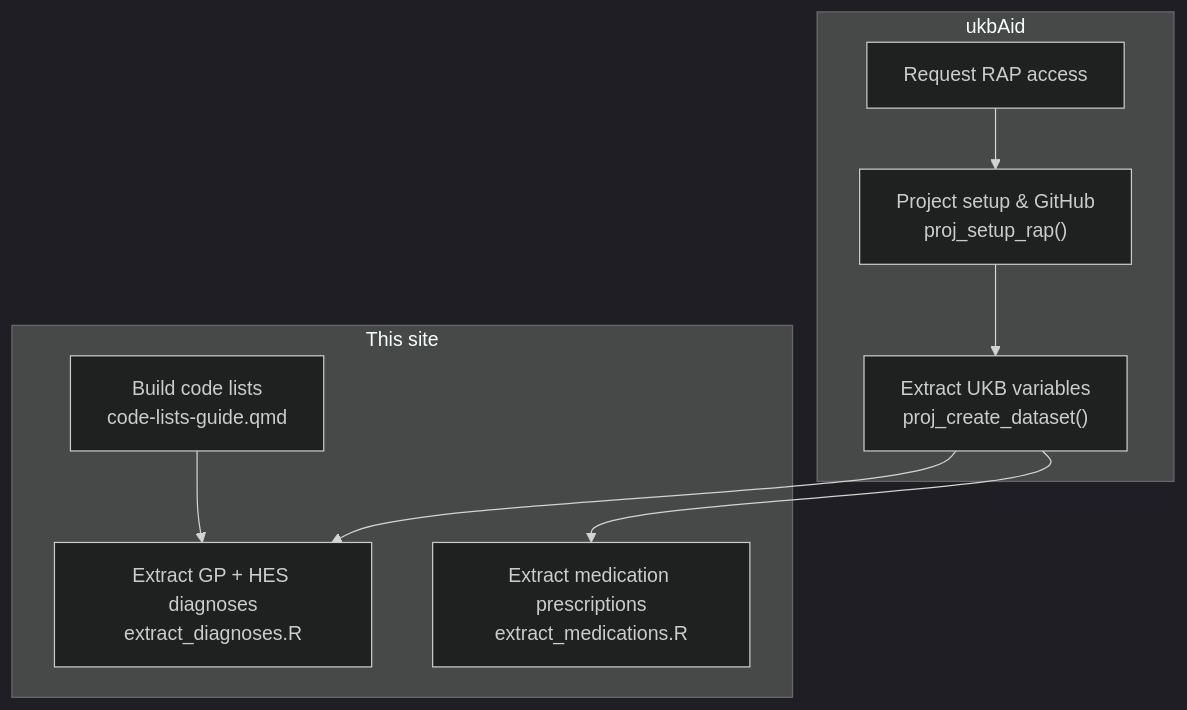
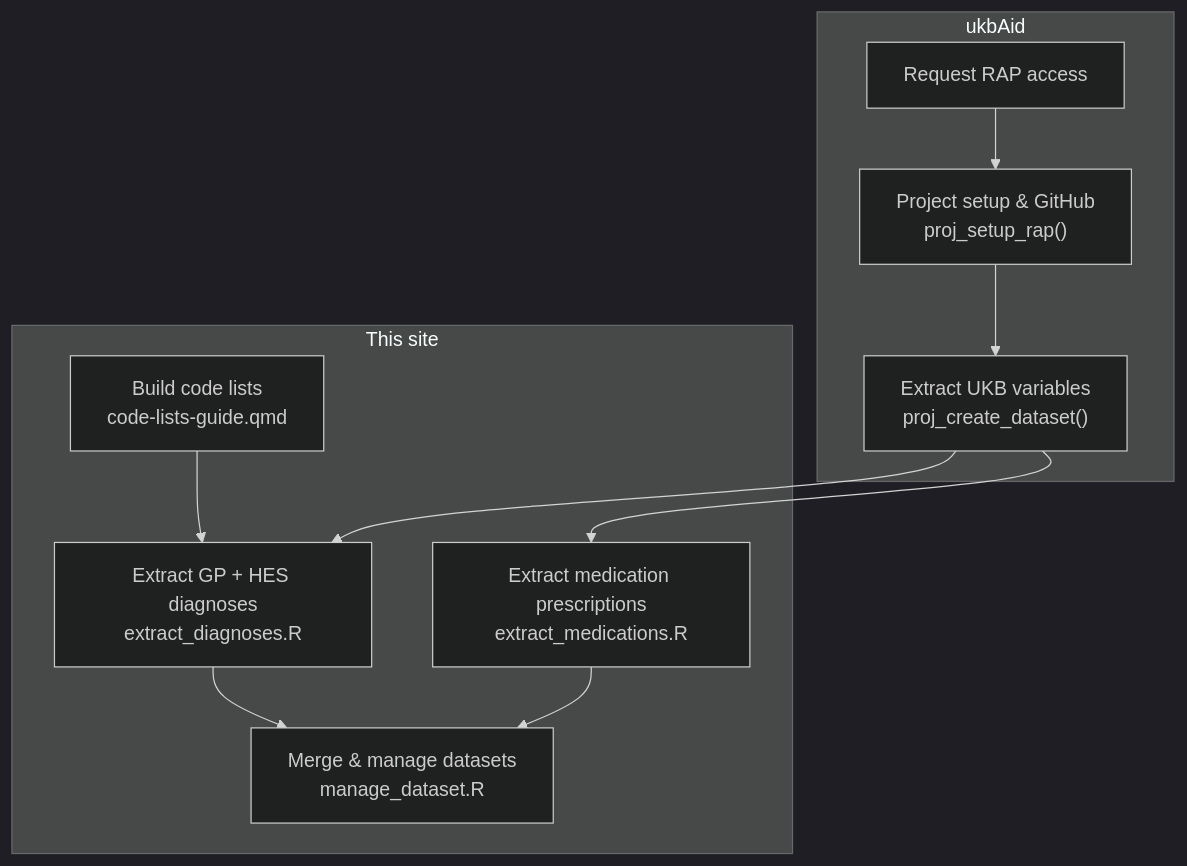
One commit to saras-clin/UKB_help changed the diagram in docs/index.qmd. Above: the diagram before and after it, drawn with Mermaid (dark theme). The commit also changed other lines of this file and 5 other files, not shown here.

First line of the commit message:
Rename nav items; add manage_dataset.R to diagram; update all cross-references

````diff
--- a/docs/index.qmd
+++ b/docs/index.qmd
@@ -102,19 +102,22 @@
 ```{mermaid}
 flowchart TD
     subgraph ukbaid ["ukbAid"]
         A["Request RAP access"]
         B["Project setup & GitHub<br/>proj_setup_rap()"]
         C["Extract UKB variables<br/>proj_create_dataset()"]
         A --> B --> C
     end
 
     subgraph site ["This site"]
         D["Build code lists<br/>code-lists-guide.qmd"]
         E["Extract GP + HES diagnoses<br/>extract_diagnoses.R"]
         F["Extract medication prescriptions<br/>extract_medications.R"]
+        G["Merge & manage datasets<br/>manage_dataset.R"]
         D --> E
+        E --> G
+        F --> G
     end
 
     C --> E
     C --> F
 ```
````
